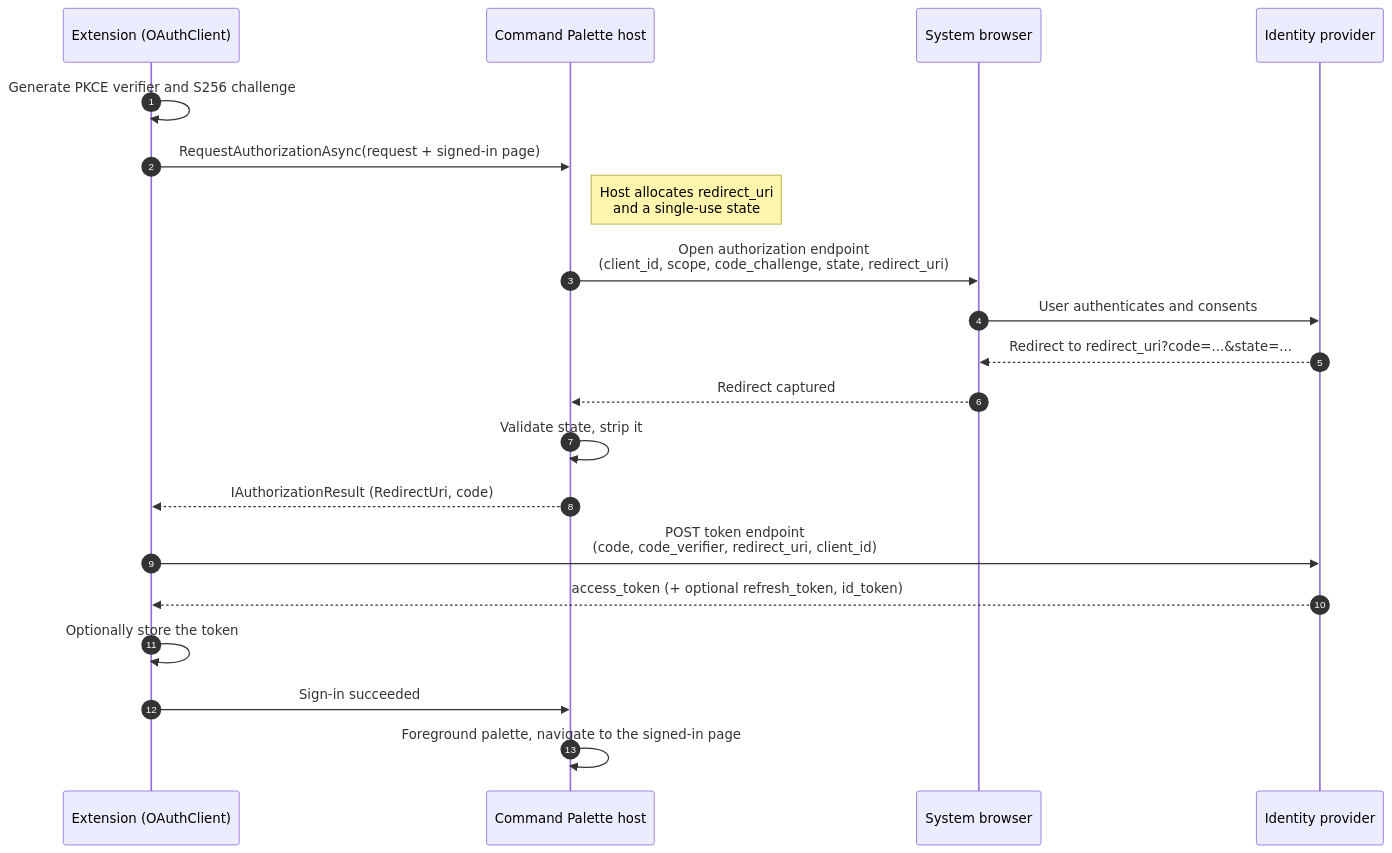
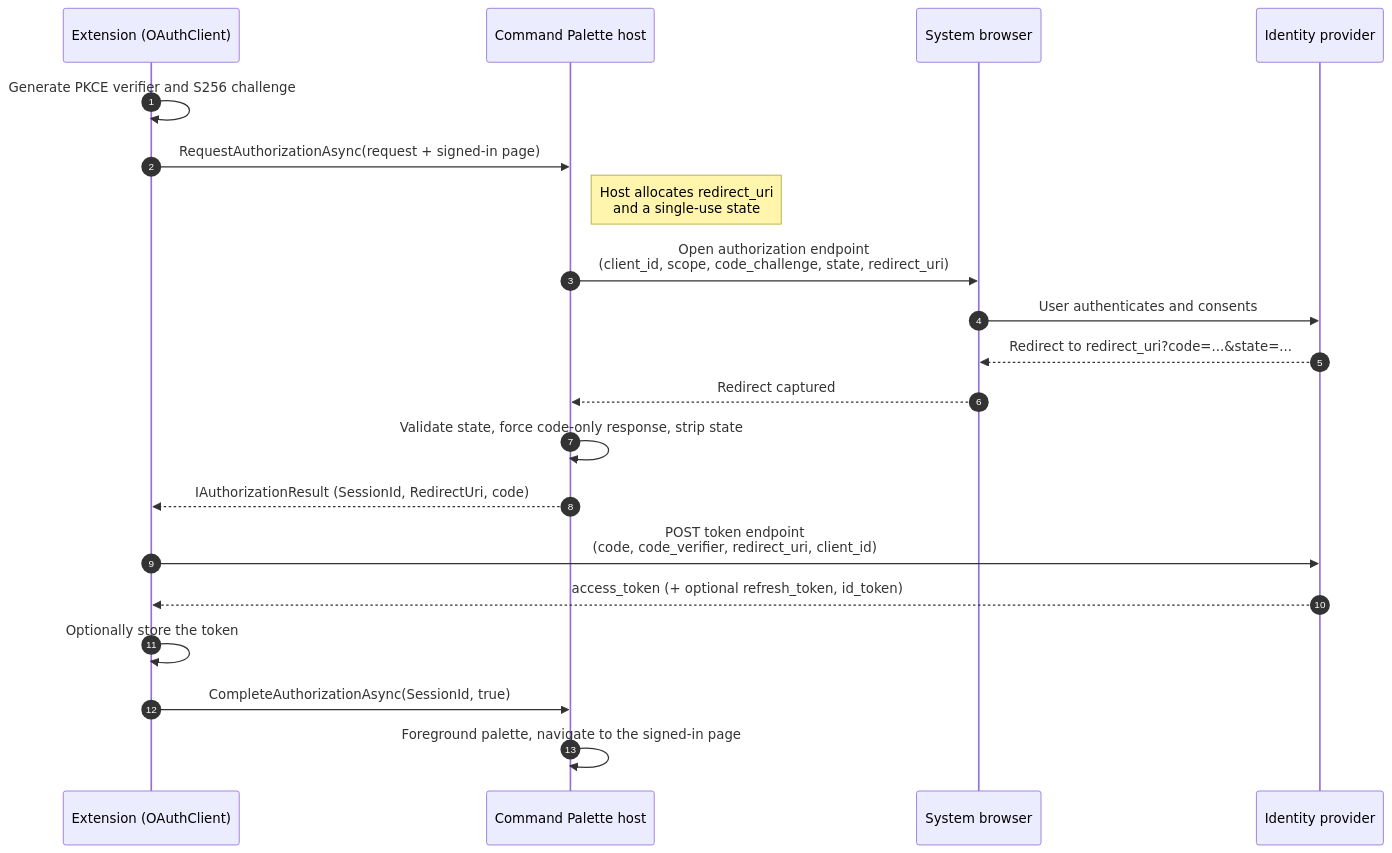
One commit to MuyuanMS/PowerToys changed the first of 2 diagrams in src/modules/cmdpal/doc/specs/auth/index.md. Above: the diagram before and after it, drawn with Mermaid. The commit also changed other lines of this file, not shown here.

````diff
--- a/src/modules/cmdpal/doc/specs/auth/index.md
+++ b/src/modules/cmdpal/doc/specs/auth/index.md
@@ -101,23 +101,23 @@
 ```mermaid
 sequenceDiagram
     autonumber
     participant Ext as Extension (OAuthClient)
     participant Host as Command Palette host
     participant Browser as System browser
     participant Idp as Identity provider
 
     Ext->>Ext: Generate PKCE verifier and S256 challenge
     Ext->>Host: RequestAuthorizationAsync(request + signed-in page)
     Note right of Host: Host allocates redirect_uri<br/>and a single-use state
     Host->>Browser: Open authorization endpoint<br/>(client_id, scope, code_challenge, state, redirect_uri)
     Browser->>Idp: User authenticates and consents
     Idp-->>Browser: Redirect to redirect_uri?code=...&state=...
     Browser-->>Host: Redirect captured
-    Host->>Host: Validate state, strip it
-    Host-->>Ext: IAuthorizationResult (RedirectUri, code)
+    Host->>Host: Validate state, force code-only response, strip state
+    Host-->>Ext: IAuthorizationResult (SessionId, RedirectUri, code)
     Ext->>Idp: POST token endpoint<br/>(code, code_verifier, redirect_uri, client_id)
     Idp-->>Ext: access_token (+ optional refresh_token, id_token)
     Ext->>Ext: Optionally store the token
-    Ext->>Host: Sign-in succeeded
+    Ext->>Host: CompleteAuthorizationAsync(SessionId, true)
     Host->>Host: Foreground palette, navigate to the signed-in page
 ```
````
